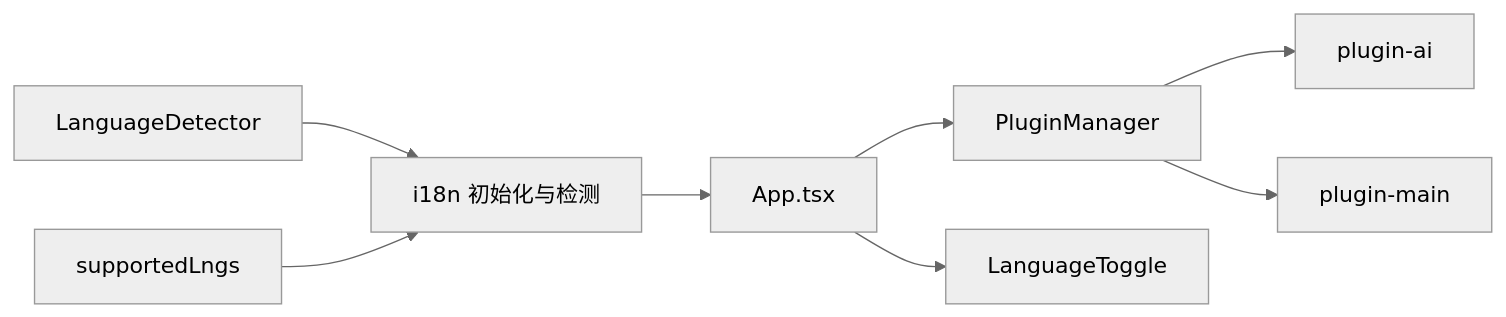
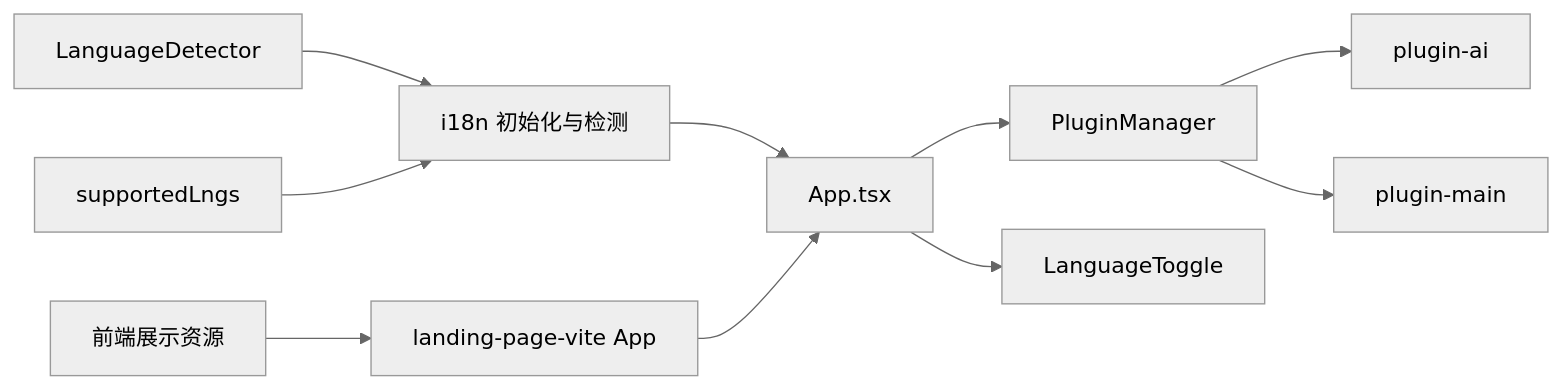
Before and after one commit to LRF0422/Kotion: the seventh of 7 diagrams in .qoder/repowiki/zh/content/架构设计/插件系统架构/插件国际化系统.md, drawn with Mermaid (neutral theme). The commit also changed other lines of this file and 75 other files, not shown here.

````diff
--- a/.qoder/repowiki/zh/content/架构设计/插件系统架构/插件国际化系统.md
+++ b/.qoder/repowiki/zh/content/架构设计/插件系统架构/插件国际化系统.md
@@ -260,10 +333,12 @@
 ```mermaid
 graph LR
 I18N["i18n 初始化与检测"] --> App["App.tsx"]
 Detector["LanguageDetector"] --> I18N
 SL["supportedLngs"] --> I18N
 App --> PM["PluginManager"]
 PM --> P_AI["plugin-ai"]
 PM --> P_Main["plugin-main"]
 App --> UI["LanguageToggle"]
+LPResources["前端展示资源"] --> LPApp["landing-page-vite App"]
+LPApp --> App
 ```
````
